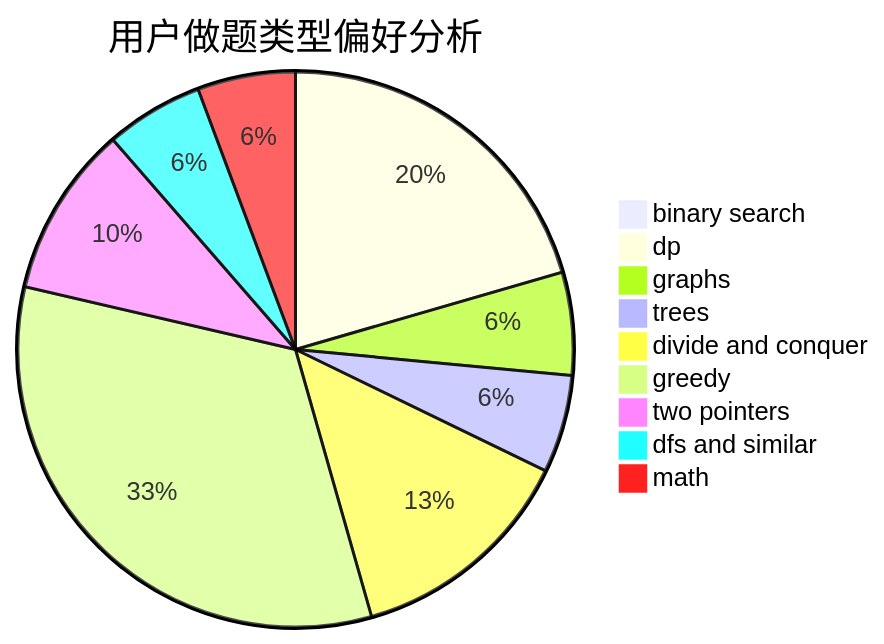
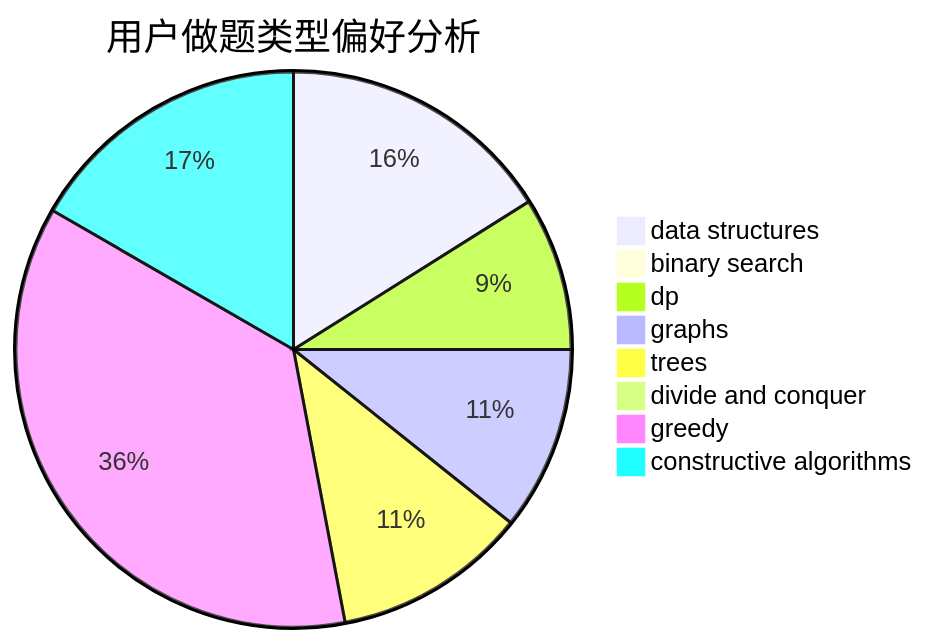
The second of 3 diagrams in docs/user/u1170.md (sherpahu/cfrs.github.io), drawn with Mermaid before and after one commit. The commit also changed other lines of this file and 2775 other files, not shown here.

````diff
--- a/docs/user/u1170.md
+++ b/docs/user/u1170.md
@@ -23,12 +23,11 @@
 ```mermaid
 pie title 用户做题类型偏好分析
-    "binary search" :  3
-    "dp" :  72
-    "graphs" :  21
-    "trees" :  20
-    "divide and conquer" :  47
-    "greedy" :  116
-    "two pointers" :  35
-    "dfs and similar" :  20
-    "math" :  20
+    "data structures" :  27
+    "binary search" :  1
+    "dp" :  15
+    "graphs" :  18
+    "trees" :  19
+    "divide and conquer" :  0
+    "greedy" :  61
+    "constructive algorithms" :  28
 ```
````
